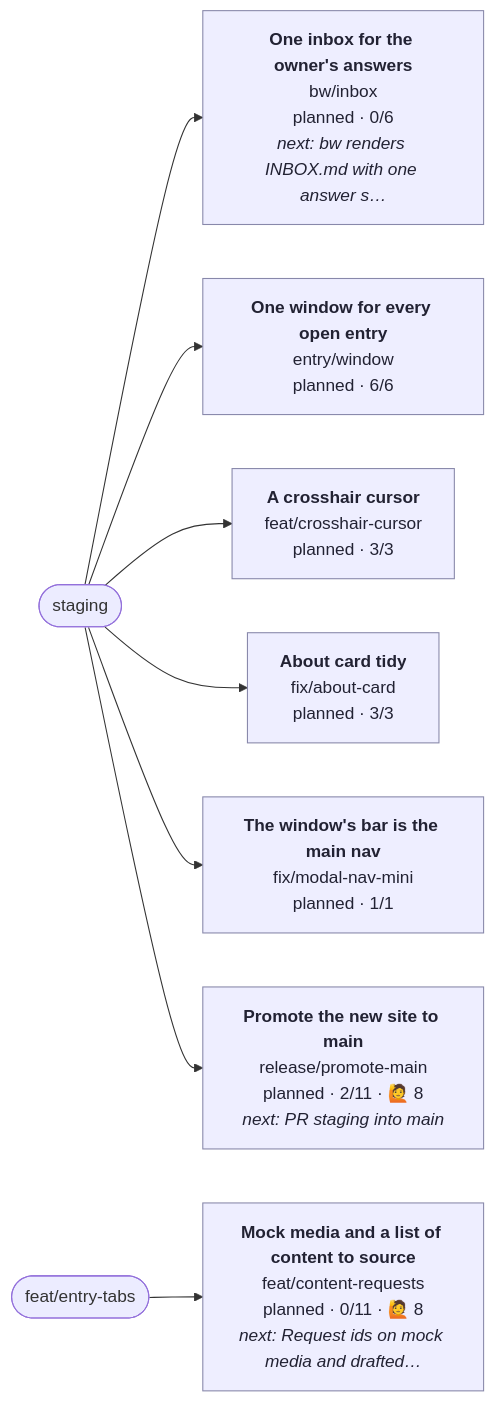
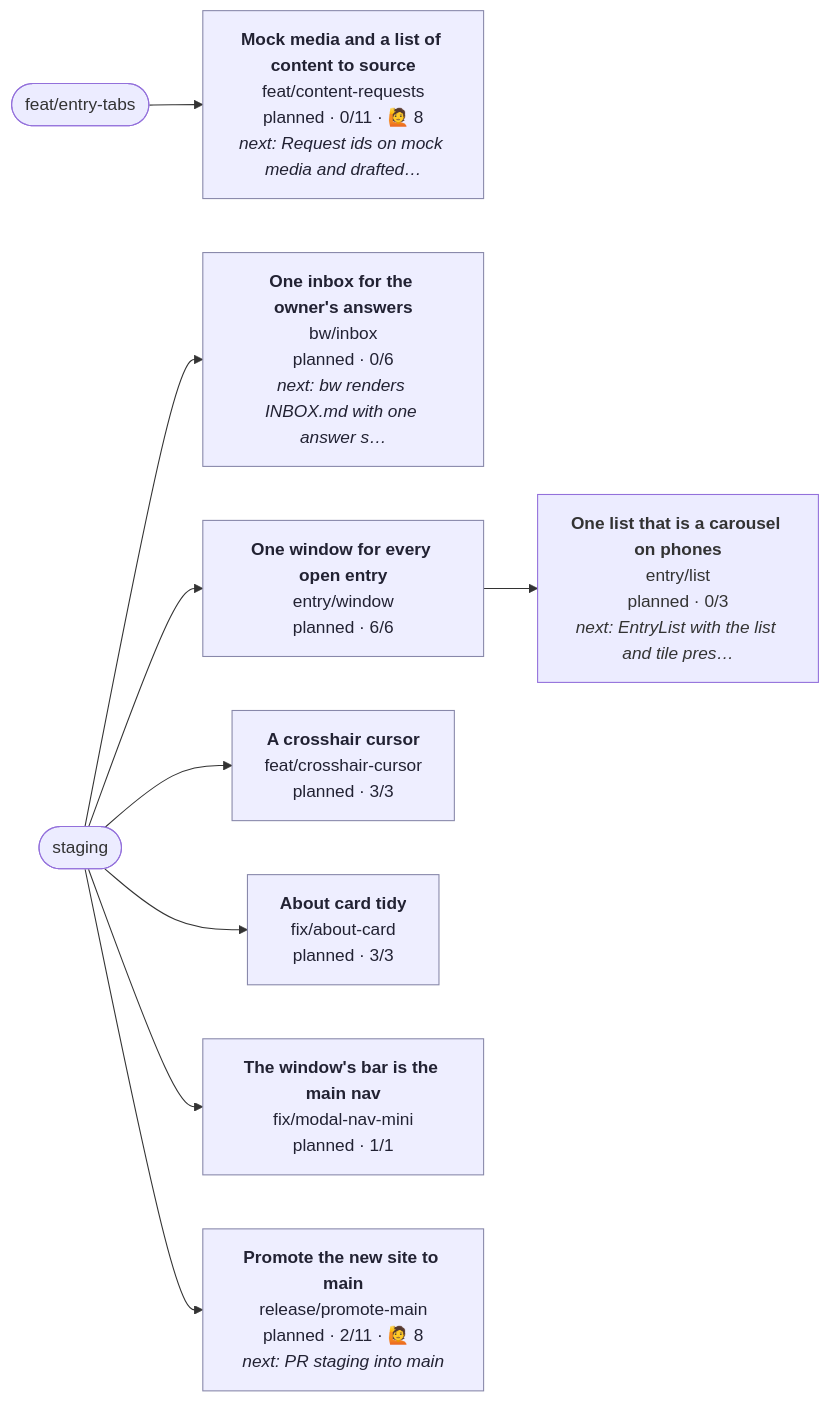
The diagram in CONTRIBUTING.md (henryjonescodes/portfolio), drawn with Mermaid before and after one commit. The commit also changed other lines of this file, not shown here.

````diff
--- a/CONTRIBUTING.md
+++ b/CONTRIBUTING.md
@@ -17,31 +17,34 @@
 ```mermaid
 flowchart LR
   n_staging([staging])
   n_feat_entry_tabs([feat/entry-tabs])
   n_bw_inbox["<b>One inbox for the owner's answers</b><br/>bw/inbox<br/>planned · 0/6<br/><i>next: bw renders INBOX.md with one answer s…</i>"]
   class n_bw_inbox planned
   n_staging --> n_bw_inbox
+  n_entry_list["<b>One list that is a carousel on phones</b><br/>entry/list<br/>planned · 0/3<br/><i>next: EntryList with the list and tile pres…</i>"]
+  class n_entry_list planned,current
+  n_entry_window --> n_entry_list
   n_entry_window["<b>One window for every open entry</b><br/>entry/window<br/>planned · 6/6"]
   class n_entry_window planned
   n_staging --> n_entry_window
   n_feat_content_requests["<b>Mock media and a list of content to source</b><br/>feat/content-requests<br/>planned · 0/11 · 🙋 8<br/><i>next: Request ids on mock media and drafted…</i>"]
   class n_feat_content_requests planned
   n_feat_entry_tabs --> n_feat_content_requests
   n_feat_crosshair_cursor["<b>A crosshair cursor</b><br/>feat/crosshair-cursor<br/>planned · 3/3"]
   class n_feat_crosshair_cursor planned
   n_staging --> n_feat_crosshair_cursor
   n_fix_about_card["<b>About card tidy</b><br/>fix/about-card<br/>planned · 3/3"]
   class n_fix_about_card planned
   n_staging --> n_fix_about_card
   n_fix_modal_nav_mini["<b>The window's bar is the main nav</b><br/>fix/modal-nav-mini<br/>planned · 1/1"]
   class n_fix_modal_nav_mini planned
   n_staging --> n_fix_modal_nav_mini
   n_release_promote_main["<b>Promote the new site to main</b><br/>release/promote-main<br/>planned · 2/11 · 🙋 8<br/><i>next: PR staging into main</i>"]
   class n_release_promote_main planned
   n_staging --> n_release_promote_main
   classDef planned fill:#eef,stroke:#88a,color:#223
   classDef active fill:#dfd,stroke:#3a3,stroke-width:3px,color:#132
   classDef blocked fill:#fdd,stroke:#c33,color:#311
   classDef review fill:#ffd,stroke:#cc3,color:#331
   classDef current stroke:#06c,stroke-width:4px
 ```
````
